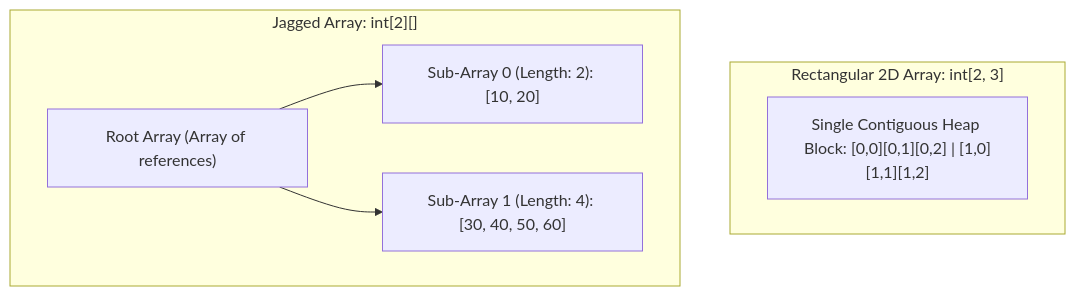
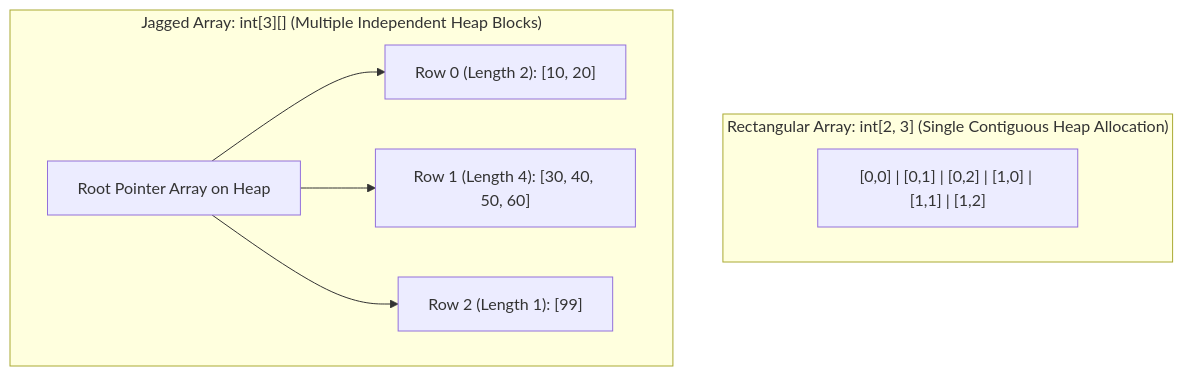
One commit to Singhkunall/Csharp-learning changed the first of 2 diagrams in Main/Topics/06_ArraysAndStrings/README.md. Above: the diagram before and after it, drawn with Mermaid. The commit also changed other lines of this file and 19 other files, not shown here.

Commit message:
Enhance: In-depth story-driven theory, architecture diagrams, and comprehensive code for Phases 1 & 2 (Topics 01-10)

````diff
--- a/Main/Topics/06_ArraysAndStrings/README.md
+++ b/Main/Topics/06_ArraysAndStrings/README.md
@@ -18,11 +34,13 @@
 ```mermaid
 flowchart TD
-    subgraph Rectangular_Matrix["Rectangular 2D Array: int[2, 3]"]
-        R["Single Contiguous Heap Block: [0,0][0,1][0,2] | [1,0][1,1][1,2]"]
+    subgraph Rectangular_Layout["Rectangular Array: int[2, 3] (Single Contiguous Heap Allocation)"]
+        R["[0,0] | [0,1] | [0,2] | [1,0] | [1,1] | [1,2]"]
     end
-    subgraph Jagged_Array["Jagged Array: int[2][]"]
-        J["Root Array (Array of references)"]
-        J --> R0["Sub-Array 0 (Length: 2): [10, 20]"]
-        J --> R1["Sub-Array 1 (Length: 4): [30, 40, 50, 60]"]
+
+    subgraph Jagged_Layout["Jagged Array: int[3][] (Multiple Independent Heap Blocks)"]
+        Root["Root Pointer Array on Heap"]
+        Root --> S0["Row 0 (Length 2): [10, 20]"]
+        Root --> S1["Row 1 (Length 4): [30, 40, 50, 60]"]
+        Root --> S2["Row 2 (Length 1): [99]"]
     end
 ```
````
